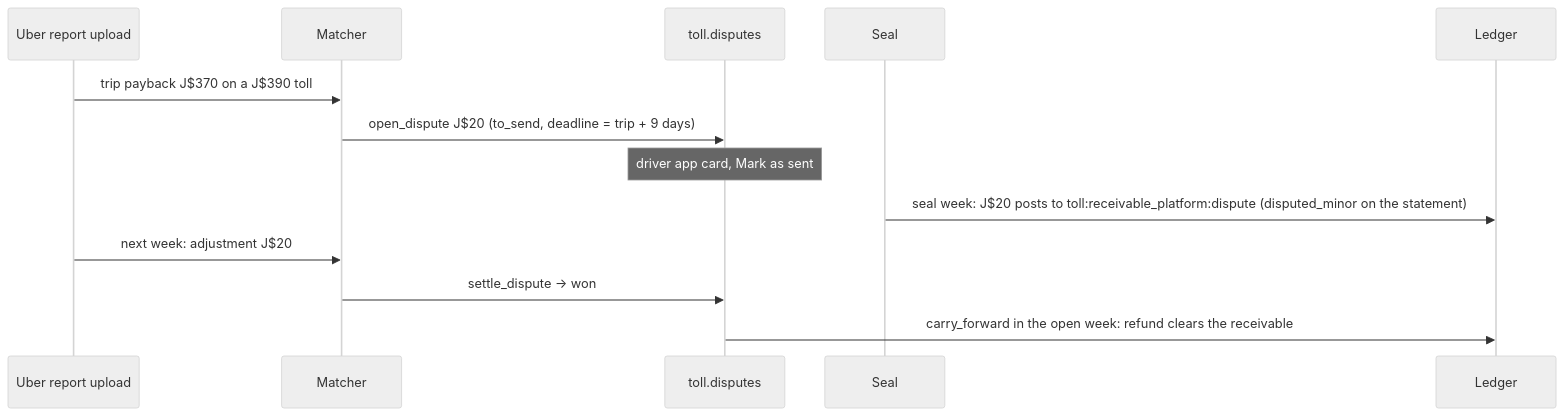
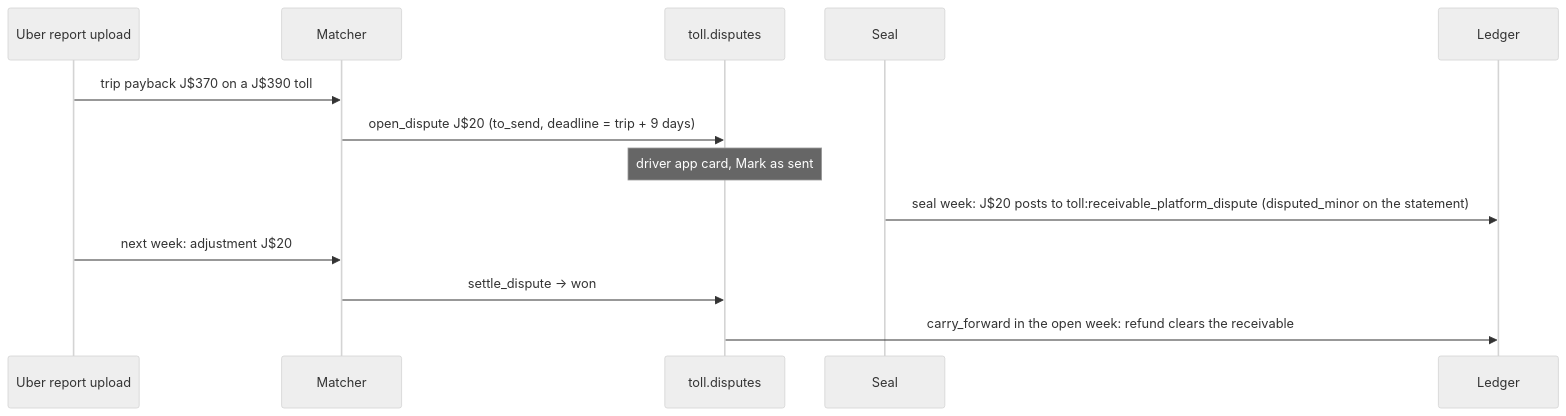
Before and after one commit to DeekiiiiiiiT/Goride: the first of 2 diagrams in docs/toll-architecture-gap-audit.md, drawn with Mermaid (neutral theme). The commit also changed other lines of this file, not shown here.

Commit message:
Toll architecture gap audit Rev 8: reviewer round 3 (T1-T6, U1-U15)

````diff
--- a/docs/toll-architecture-gap-audit.md
+++ b/docs/toll-architecture-gap-audit.md
@@ -377,15 +388,15 @@
 ```mermaid
 sequenceDiagram
   participant U as Uber report upload
   participant M as Matcher
   participant D as toll.disputes
   participant S as Seal
   participant L as Ledger
   U->>M: trip payback J$370 on a J$390 toll
   M->>D: open_dispute J$20 (to_send, deadline = trip + 9 days)
   Note over D: driver app card, Mark as sent
-  S->>L: seal week: J$20 posts to toll:receivable_platform:dispute (disputed_minor on the statement)
+  S->>L: seal week: J$20 posts to toll:receivable_platform_dispute (disputed_minor on the statement)
   U->>M: next week: adjustment J$20
   M->>D: settle_dispute → won
   D->>L: carry_forward in the open week: refund clears the receivable
 ```
````
